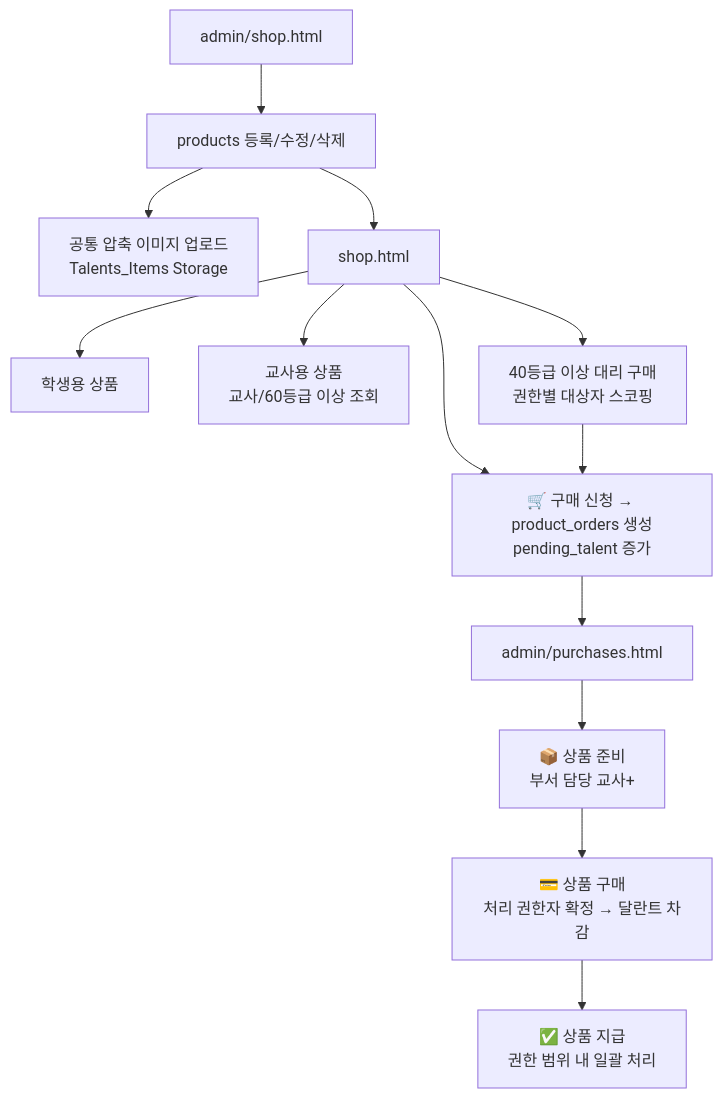
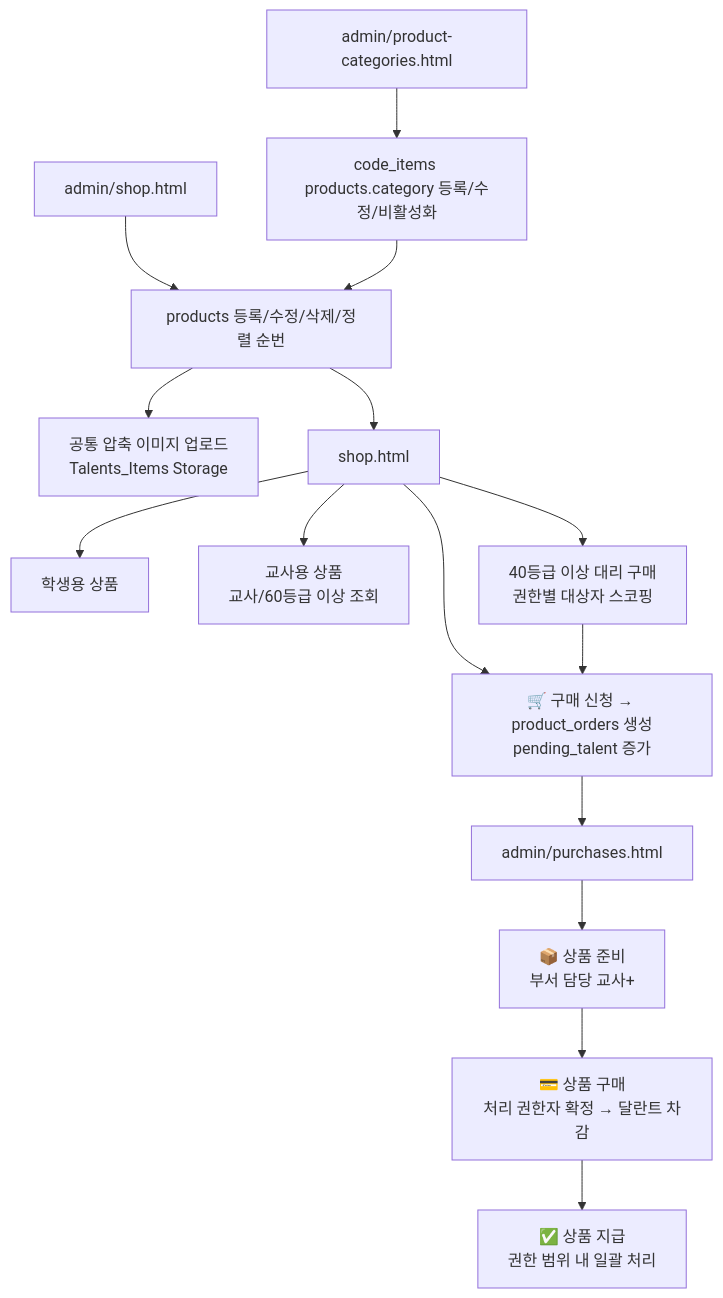
Before and after one commit to CHO-Talents-Test/CHO-Talents-Test: the sixth of 6 diagrams in README.md, drawn with Mermaid. The commit also changed other lines of this file and 34 other files, not shown here.

````diff
--- a/README.md
+++ b/README.md
@@ -715,15 +724,17 @@
 ```mermaid
 flowchart TD
-  AdminShop["admin/shop.html"] --> ProductCRUD["products 등록/수정/삭제"]
+  AdminShop["admin/shop.html"] --> ProductCRUD["products 등록/수정/삭제/정렬 순번"]
+  ProductCategories["admin/product-categories.html"] --> CategoryCRUD["code_items products.category 등록/수정/비활성화"]
+  CategoryCRUD --> ProductCRUD
   ProductCRUD --> Storage["공통 압축 이미지 업로드<br/>Talents_Items Storage"]
   ProductCRUD --> PublicShop["shop.html"]
   PublicShop --> StudentGoods["학생용 상품"]
   PublicShop --> TeacherGoods["교사용 상품<br/>교사/60등급 이상 조회"]
   PublicShop --> OrderRequest["🛒 구매 신청 → product_orders 생성<br/>pending_talent 증가"]
   PublicShop --> ProxyOrder["40등급 이상 대리 구매<br/>권한별 대상자 스코핑"]
   ProxyOrder --> OrderRequest
   OrderRequest --> PurchaseMgmt["admin/purchases.html"]
   PurchaseMgmt --> Preparing["📦 상품 준비<br/>부서 담당 교사+"]
   Preparing --> Purchased["💳 상품 구매<br/>처리 권한자 확정 → 달란트 차감"]
   Purchased --> Delivered["✅ 상품 지급<br/>권한 범위 내 일괄 처리"]
 ```
````
